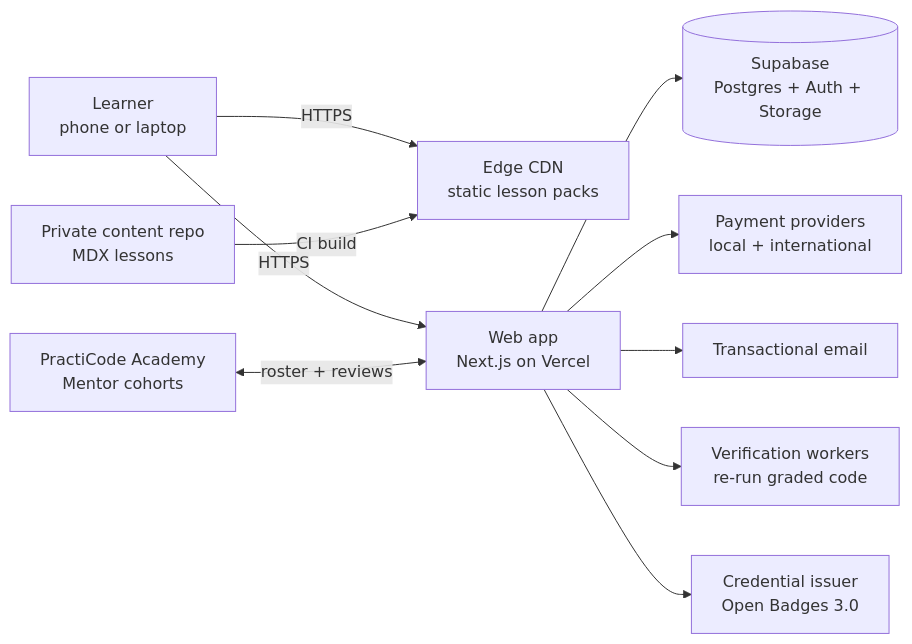
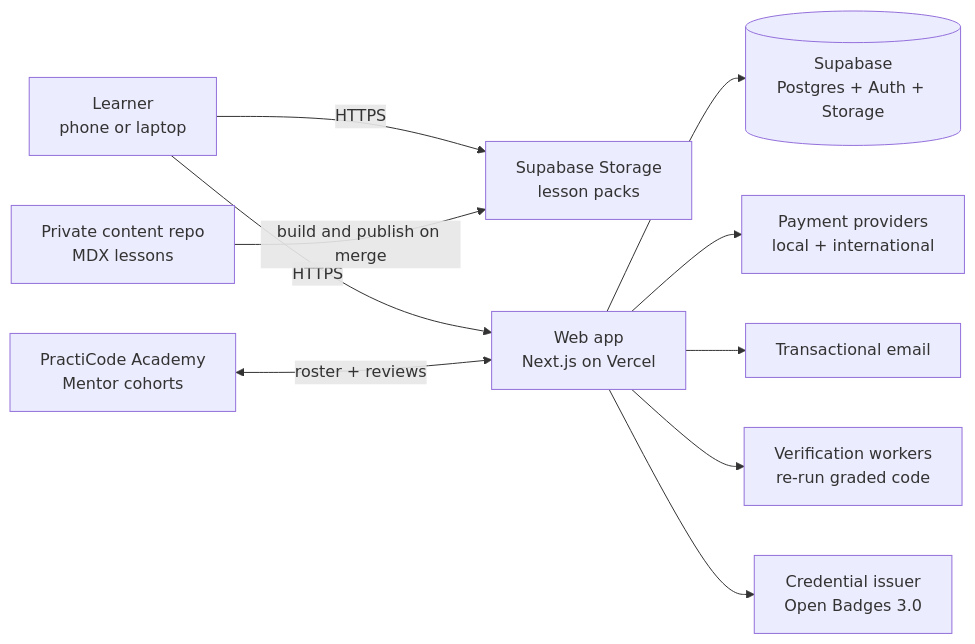
One commit to gentlerhiz/practicode-learn changed the first of 2 diagrams in docs/architecture/overview.md. Above: the diagram before and after it, drawn with Mermaid. The commit also changed other lines of this file and 5 other files, not shown here.

````diff
--- a/docs/architecture/overview.md
+++ b/docs/architecture/overview.md
@@ -17,12 +17,12 @@
 ```mermaid
 flowchart LR
-  L[Learner<br/>phone or laptop] -->|HTTPS| CDN[Edge CDN<br/>static lesson packs]
+  L[Learner<br/>phone or laptop] -->|HTTPS| CDN[Supabase Storage<br/>lesson packs]
   L -->|HTTPS| APP[Web app<br/>Next.js on Vercel]
   APP --> DB[(Supabase<br/>Postgres + Auth + Storage)]
   APP --> PAY[Payment providers<br/>local + international]
   APP --> MAIL[Transactional email]
   APP --> VER[Verification workers<br/>re-run graded code]
   APP --> OB[Credential issuer<br/>Open Badges 3.0]
-  CMS[Private content repo<br/>MDX lessons] -->|CI build| CDN
+  CMS[Private content repo<br/>MDX lessons] -->|build and publish on merge| CDN
   ACA[PractiCode Academy<br/>Mentor cohorts] <-->|roster + reviews| APP
 ```
````
